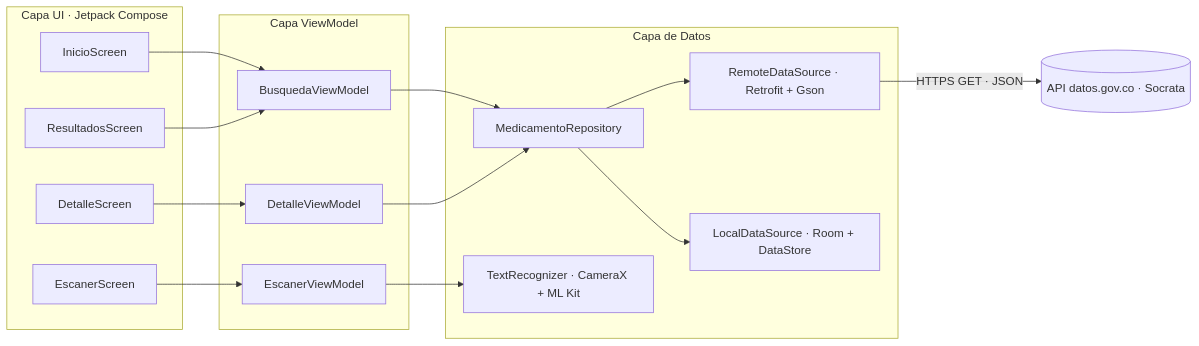
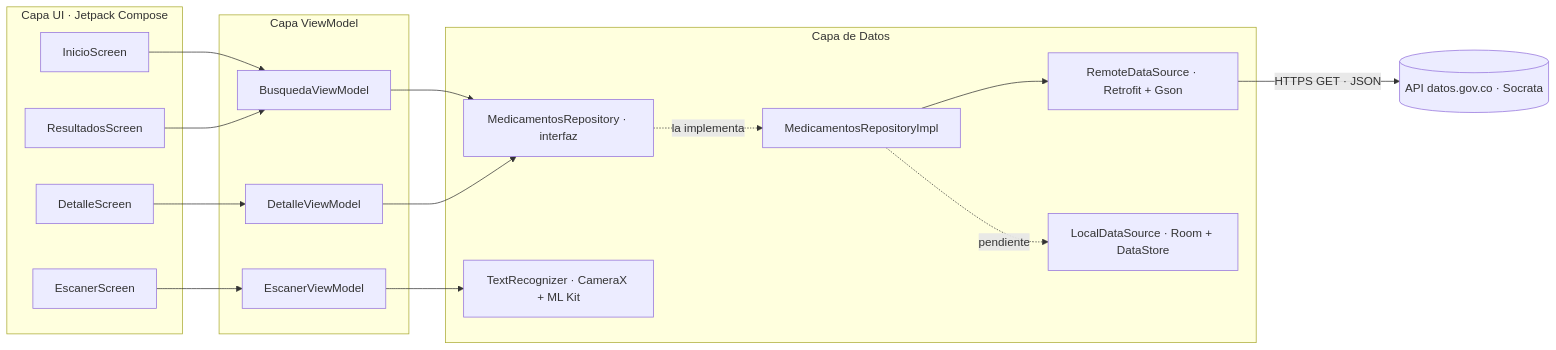
One commit to sebas-gonzalez21/android-design-Remedia changed the third of 3 diagrams in README.md. Above: the diagram before and after it, drawn with Mermaid. The commit also changed other lines of this file and 17 other files, not shown here.

Commit message:
Refactoriza arquitectura MVVM: repositorio interfaz/impl, navegación type-safe y documentación

````diff
--- a/README.md
+++ b/README.md
@@ -209,35 +209,37 @@
 ```mermaid
 flowchart LR
     subgraph UI["Capa UI · Jetpack Compose"]
         S1["InicioScreen"]
         S2["EscanerScreen"]
         S3["ResultadosScreen"]
         S4["DetalleScreen"]
     end
 
     subgraph VMS["Capa ViewModel"]
         VM1["BusquedaViewModel"]
         VM2["EscanerViewModel"]
         VM3["DetalleViewModel"]
     end
 
     subgraph DATA["Capa de Datos"]
-        REPO["MedicamentoRepository"]
+        REPO["MedicamentosRepository · interfaz"]
+        IMPL["MedicamentosRepositoryImpl"]
         REMOTE["RemoteDataSource · Retrofit + Gson"]
         LOCAL["LocalDataSource · Room + DataStore"]
         OCR["TextRecognizer · CameraX + ML Kit"]
     end
 
     API[("API datos.gov.co · Socrata")]
 
     S1 --> VM1
     S3 --> VM1
     S2 --> VM2
     S4 --> VM3
     VM1 --> REPO
     VM3 --> REPO
     VM2 --> OCR
-    REPO --> REMOTE
-    REPO --> LOCAL
+    REPO -.->|"la implementa"| IMPL
+    IMPL --> REMOTE
+    IMPL -.->|"pendiente"| LOCAL
     REMOTE -->|"HTTPS GET · JSON"| API
 ```
````
